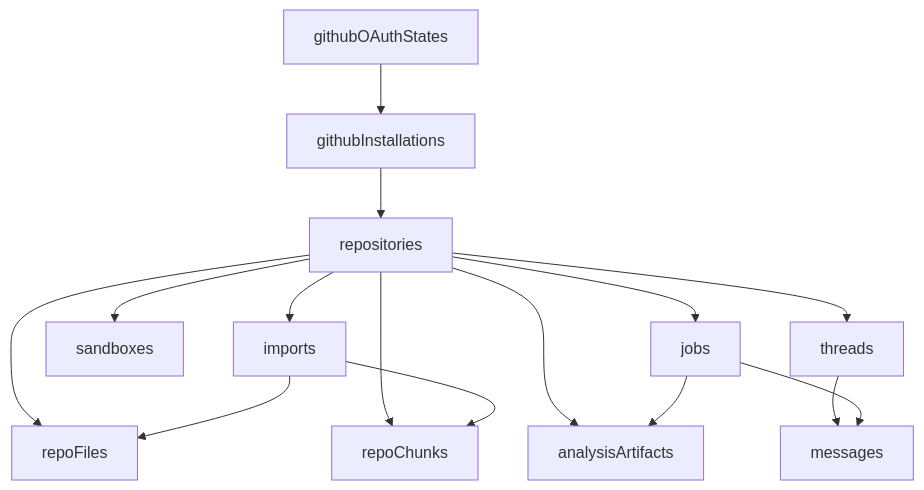
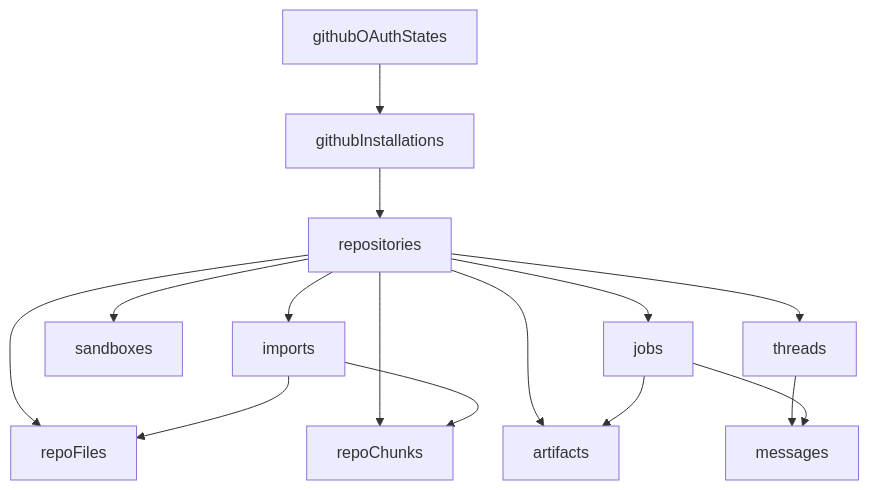
Before and after one commit to EricTsai83/architect-agent: the diagram in docs/domain-and-data-model.md, drawn with Mermaid. The commit also changed other lines of this file and 8 other files, not shown here.

````diff
--- a/docs/domain-and-data-model.md
+++ b/docs/domain-and-data-model.md
@@ -17,29 +17,29 @@
 ```mermaid
 flowchart TD
   Repository[repositories]
   Import[imports]
   Sandbox[sandboxes]
   Job[jobs]
-  Artifact[analysisArtifacts]
+  Artifact[artifacts]
   RepoFile[repoFiles]
   RepoChunk[repoChunks]
   Thread[threads]
   Message[messages]
   Installation[githubInstallations]
   OAuthState[githubOAuthStates]
 
   Repository --> Import
   Repository --> Sandbox
   Repository --> Job
   Repository --> Artifact
   Repository --> RepoFile
   Repository --> RepoChunk
   Repository --> Thread
   Thread --> Message
   Import --> RepoFile
   Import --> RepoChunk
   Job --> Artifact
   Job --> Message
   Installation --> Repository
   OAuthState --> Installation
 ```
````
